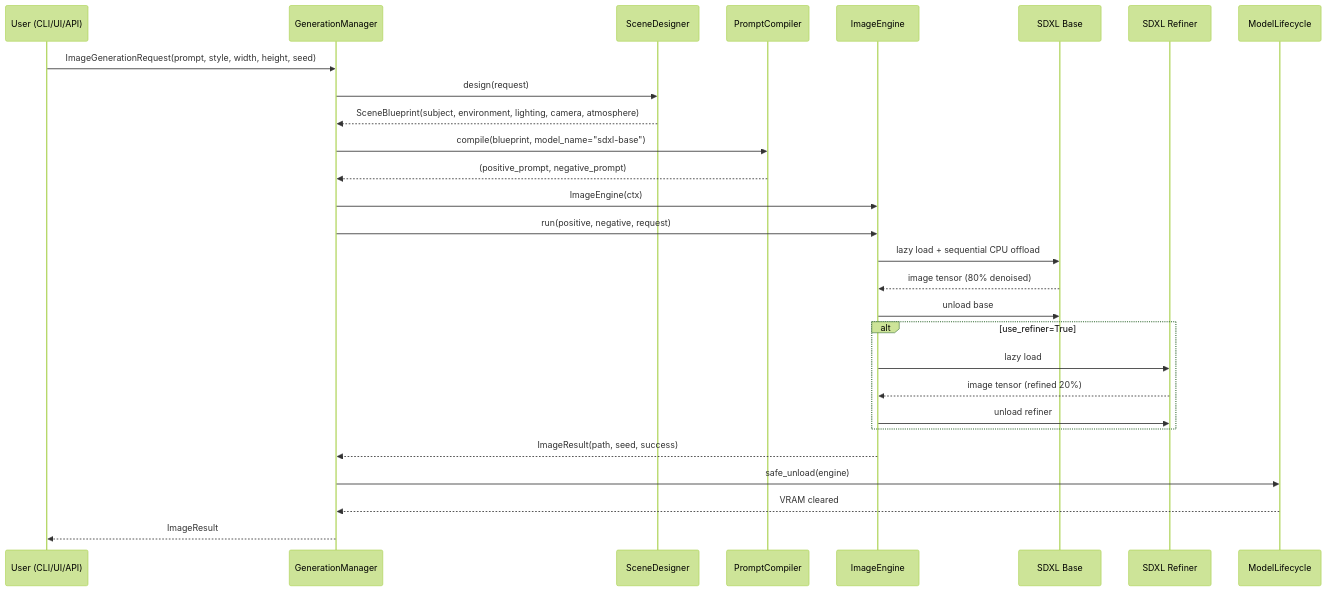
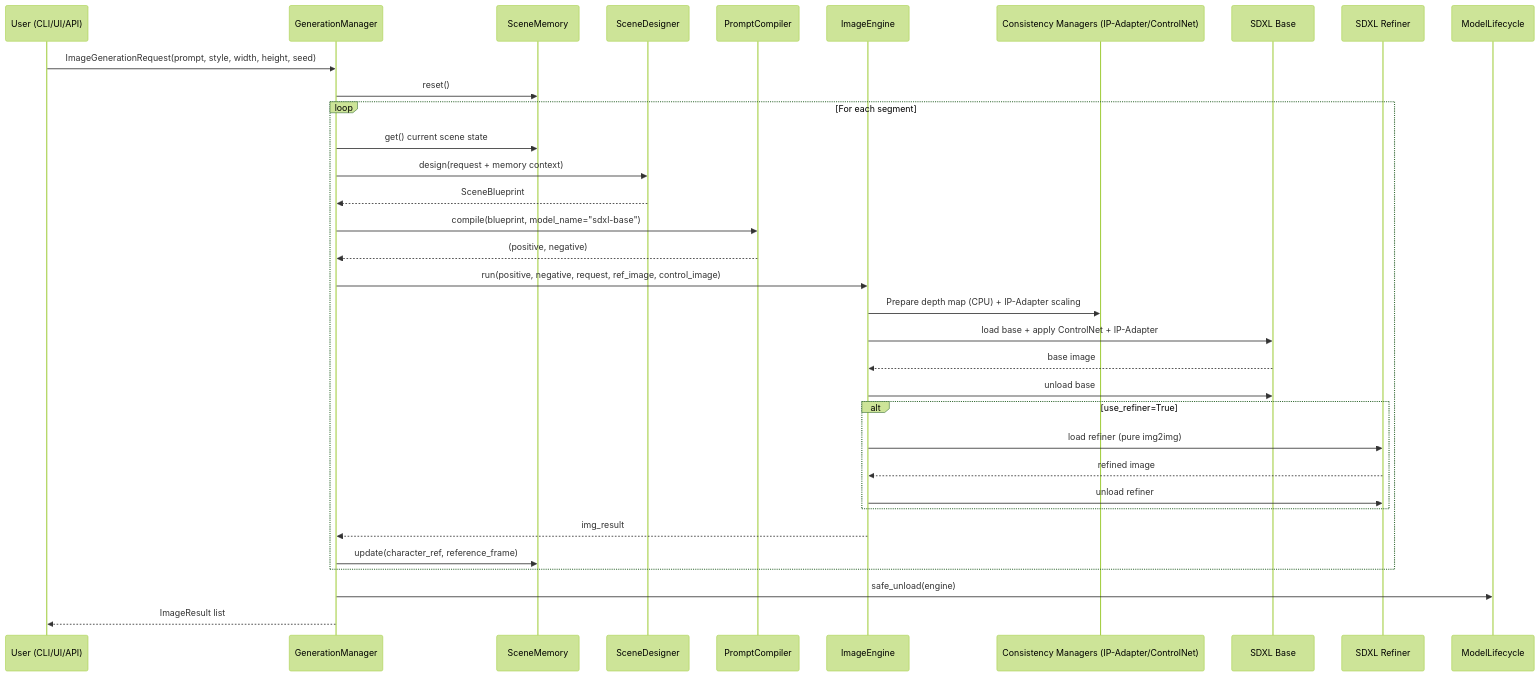
One commit to SaiKarthik547/multigen changed the second of 4 diagrams in README.md. Above: the diagram before and after it, drawn with Mermaid (forest theme). The commit also changed other lines of this file and 7 other files, not shown here.

Commit message:
feat: Implement Phase 10 Scene Memory and consistency managers for character identity and scene structure.

````diff
--- a/README.md
+++ b/README.md
@@ -193,32 +203,40 @@
 ```mermaid
 sequenceDiagram
     participant U as User (CLI/UI/API)
     participant GM as GenerationManager
+    participant SM as SceneMemory
     participant SD as SceneDesigner
     participant PC as PromptCompiler
     participant IE as ImageEngine
+    participant CONSIST as Consistency Managers (IP-Adapter/ControlNet)
     participant SDXL as SDXL Base
     participant REF as SDXL Refiner
     participant ML as ModelLifecycle
 
     U->>GM: ImageGenerationRequest(prompt, style, width, height, seed)
-    GM->>SD: design(request)
-    SD-->>GM: SceneBlueprint(subject, environment, lighting, camera, atmosphere)
-    GM->>PC: compile(blueprint, model_name="sdxl-base")
-    PC-->>GM: (positive_prompt, negative_prompt)
-
-    GM->>IE: ImageEngine(ctx)
-    GM->>IE: run(positive, negative, request)
-    IE->>SDXL: lazy load + sequential CPU offload
-    SDXL-->>IE: image tensor (80% denoised)
-    IE->>SDXL: unload base
-    alt use_refiner=True
-        IE->>REF: lazy load
-        REF-->>IE: image tensor (refined 20%)
-        IE->>REF: unload refiner
+    GM->>SM: reset()
+    loop For each segment
+        GM->>SM: get() current scene state
+        GM->>SD: design(request + memory context)
+        SD-->>GM: SceneBlueprint
+        GM->>PC: compile(blueprint, model_name="sdxl-base")
+        PC-->>GM: (positive, negative)
+        
+        GM->>IE: run(positive, negative, request, ref_image, control_image)
+        IE->>CONSIST: Prepare depth map (CPU) + IP-Adapter scaling
+        IE->>SDXL: load base + apply ControlNet + IP-Adapter
+        SDXL-->>IE: base image
+        IE->>SDXL: unload base
+        
+        alt use_refiner=True
+            IE->>REF: load refiner (pure img2img)
+            REF-->>IE: refined image
+            IE->>REF: unload refiner
+        end
+        
+        IE-->>GM: img_result
+        GM->>SM: update(character_ref, reference_frame)
     end
-    IE-->>GM: ImageResult(path, seed, success)
     GM->>ML: safe_unload(engine)
-    ML-->>GM: VRAM cleared
-    GM-->>U: ImageResult
+    GM-->>U: ImageResult list
 ```
````
